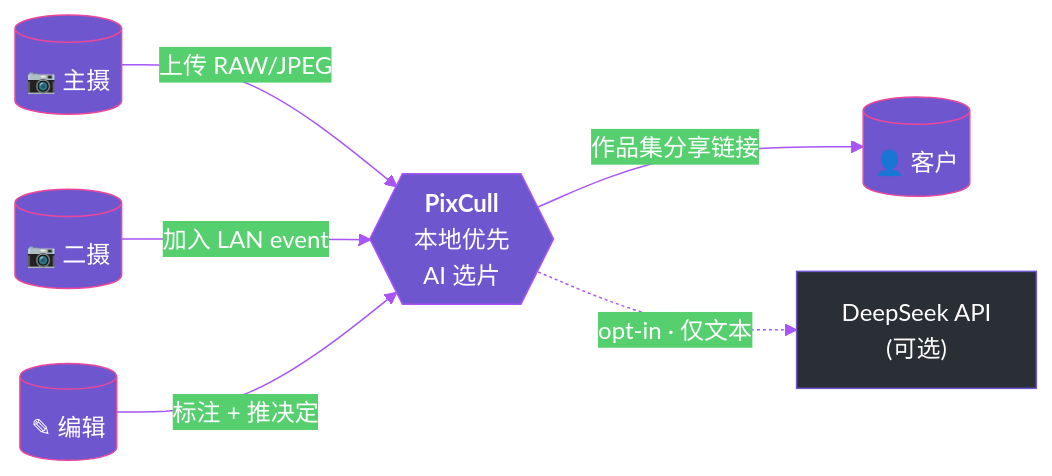
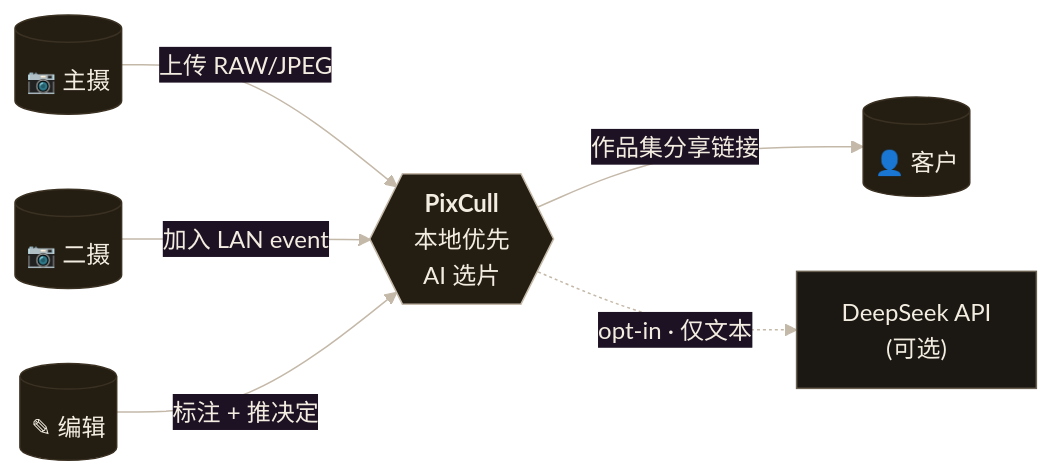
Before and after one commit to ChrisChen667788/pixcull: the diagram in modelscope/README.md, drawn with Mermaid. The commit also changed other lines of this file and 10 other files, not shown here.

First line of the commit message:
docs: animated editorial-warm architecture / sequence / data-flow diagrams

````diff
--- a/modelscope/README.md
+++ b/modelscope/README.md
@@ -273,19 +289,19 @@
 ```mermaid
-%%{init: {'theme':'base','themeVariables':{'primaryColor':'#6E56CF','primaryTextColor':'#fff','lineColor':'#A855F7','primaryBorderColor':'#EC4899','tertiaryColor':'#1a1d24'}}}%%
+%%{init: {'theme':'base','themeVariables':{'primaryColor':'#241d12','primaryTextColor':'#f3ede1','lineColor':'#c4b9a9','primaryBorderColor':'#3a3122','tertiaryColor':'#161310'}}}%%
 flowchart LR
     P[("📷 主摄")]
     S[("📷 二摄")]
     E[("✎ 编辑")]
     C[("👤 客户")]
     PIX{{"<b>PixCull</b><br/>本地优先<br/>AI 选片"}}
     DS["DeepSeek API<br/>(可选)"]
 
     P -->|"上传 RAW/JPEG"| PIX
     S -->|"加入 LAN event"| PIX
     E -->|"标注 + 推决定"| PIX
     PIX -->|"作品集分享链接"| C
     PIX -.->|"opt-in · 仅文本"| DS
 
-    style PIX fill:#6E56CF,color:#fff,stroke:#A855F7
-    style DS  fill:#2a2e35,stroke:#6E56CF
+    style PIX fill:#241d12,color:#f3ede1,stroke:#c4b9a9
+    style DS  fill:#1b1712,stroke:#6a6052
 ```
````
